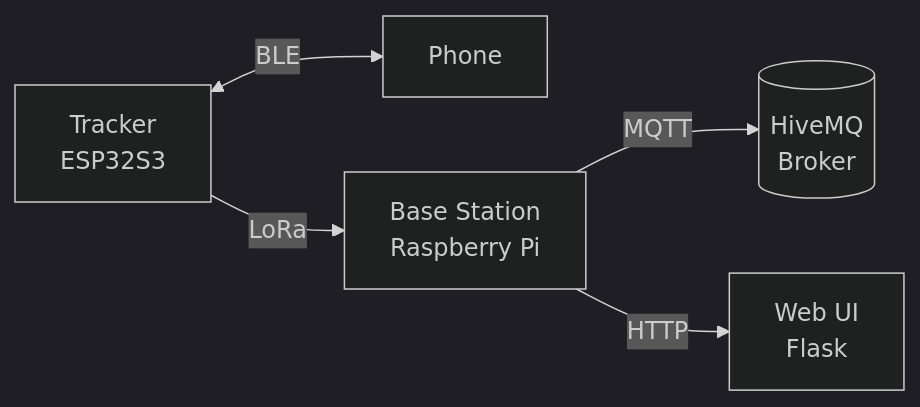
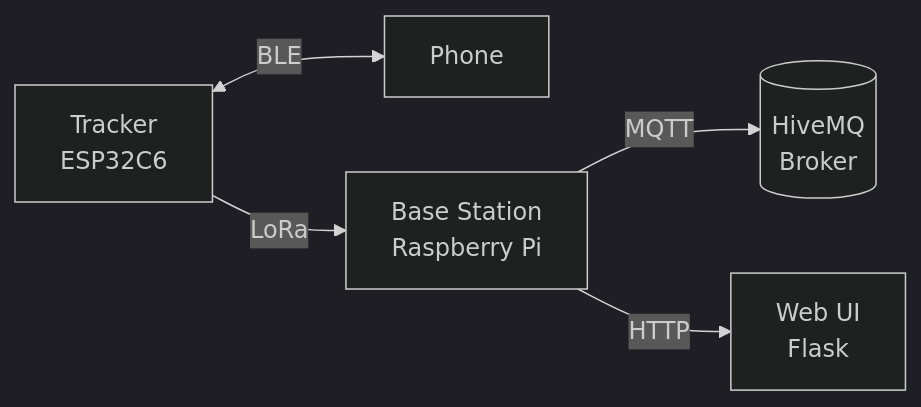
The diagram in README.md (gdellis/esp32-pet-tracker), drawn with Mermaid (dark theme) before and after one commit. The commit also changed other lines of this file and 47 other files, not shown here.

````diff
--- a/README.md
+++ b/README.md
@@ -37,7 +33,7 @@
 ```mermaid
 flowchart LR
-    T[Tracker<br/>ESP32S3] <-->|BLE| P[Phone]
+    T[Tracker<br/>ESP32C6] <-->|BLE| P[Phone]
     T -->|LoRa| B[Base Station<br/>Raspberry Pi]
     B -->|MQTT| H[(HiveMQ<br/>Broker)]
     B -->|HTTP| W[Web UI<br/>Flask]
 ```
````
